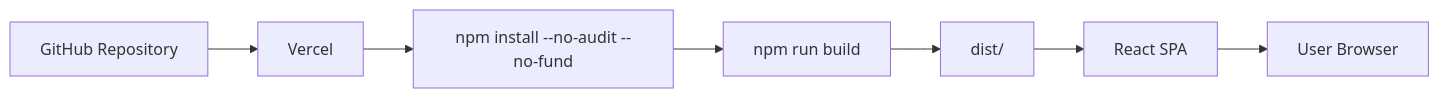
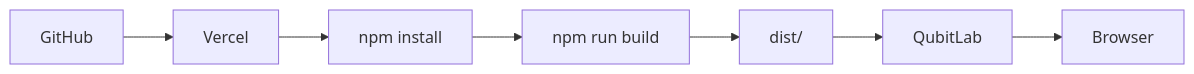
One commit to chamanvashishth/Qubit_Lab changed the fifth of 5 diagrams in README.md. Above: the diagram before and after it, drawn with Mermaid. The commit also changed other lines of this file, not shown here.

Commit message:
docs: humanize QubitLab README

````diff
--- a/README.md
+++ b/README.md
@@ -478,9 +521,9 @@
 ```mermaid
 flowchart LR
-    GIT[GitHub Repository] --> VERCEL[Vercel]
-    VERCEL --> INSTALL[npm install --no-audit --no-fund]
+    GITHUB[GitHub] --> VERCEL[Vercel]
+    VERCEL --> INSTALL[npm install]
     INSTALL --> BUILD[npm run build]
     BUILD --> DIST[dist/]
-    DIST --> SPA[React SPA]
-    SPA --> BROWSER[User Browser]
+    DIST --> APP[QubitLab]
+    APP --> USER[Browser]
 ```
````
